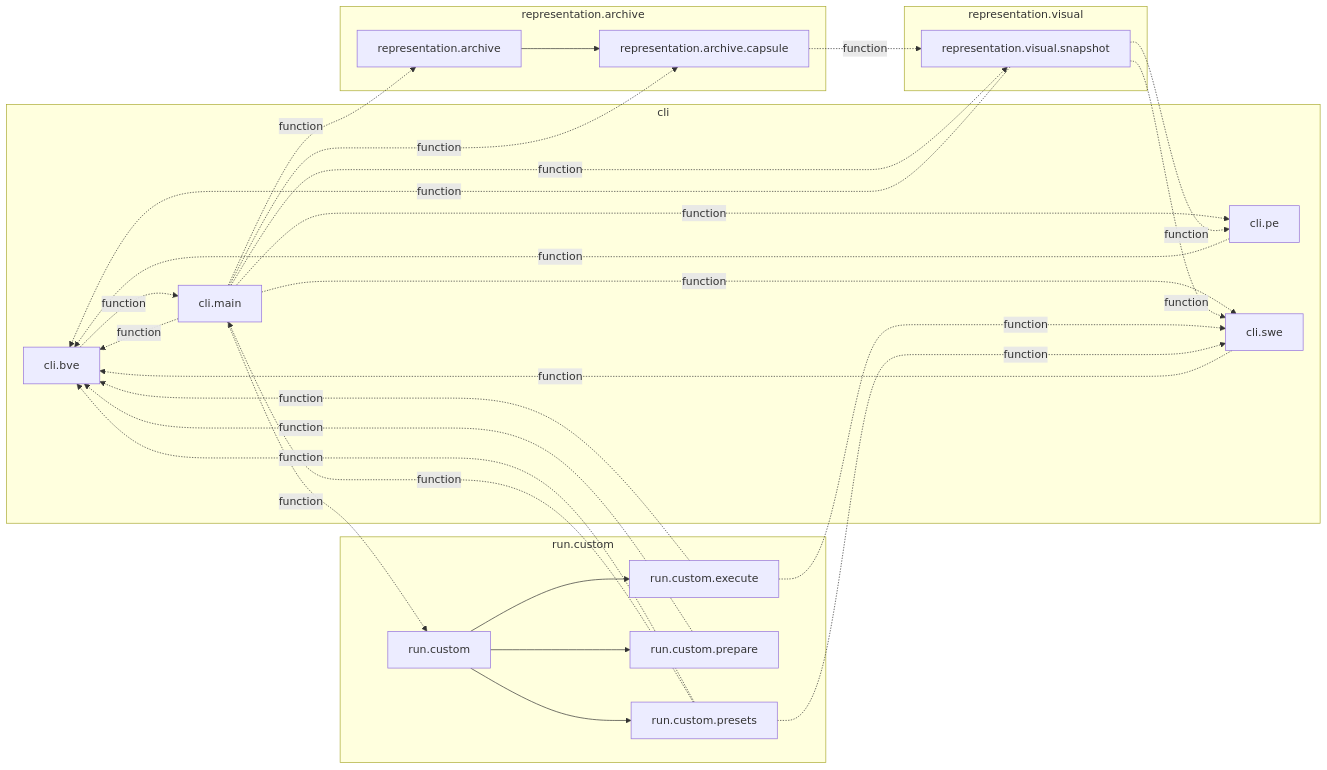
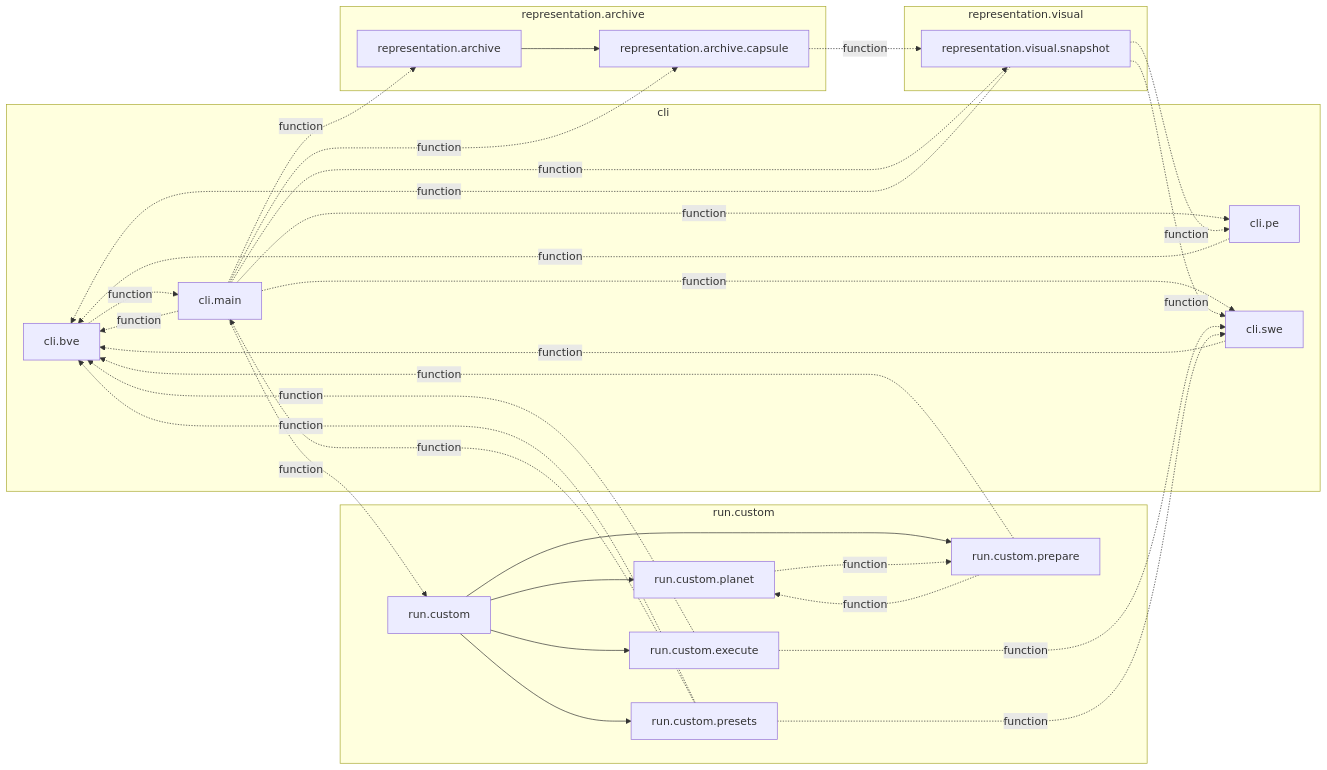
One commit to AlexandreEros/Palintropos changed the diagram in docs/architecture/current/modules-cycles.mmd. Above: the diagram before and after it, drawn with Mermaid. The commit also changed 36 other files, not shown here.

```diff
--- a/docs/architecture/current/modules-cycles.mmd
+++ b/docs/architecture/current/modules-cycles.mmd
@@ -1,46 +1,50 @@
 %% Generated by tools.architecture 1.0.0. Do not edit by hand.
 %% Modules in nontrivial strongly connected components (import cycles), grouped by package. Dashed: edge made only of function-scope or TYPE_CHECKING imports.
 flowchart LR
     subgraph g_tropoi_ocli["cli"]
         n_tropoi_ocli_obve["cli.bve"]
         n_tropoi_ocli_omain["cli.main"]
         n_tropoi_ocli_ope["cli.pe"]
         n_tropoi_ocli_oswe["cli.swe"]
     end
     subgraph g_tropoi_orepresentation_oarchive["representation.archive"]
         n_tropoi_orepresentation_oarchive["representation.archive"]
         n_tropoi_orepresentation_oarchive_ocapsule["representation.archive.capsule"]
     end
     subgraph g_tropoi_orepresentation_ovisual["representation.visual"]
         n_tropoi_orepresentation_ovisual_osnapshot["representation.visual.snapshot"]
     end
     subgraph g_tropoi_orun_ocustom["run.custom"]
         n_tropoi_orun_ocustom["run.custom"]
         n_tropoi_orun_ocustom_oexecute["run.custom.execute"]
+        n_tropoi_orun_ocustom_oplanet["run.custom.planet"]
         n_tropoi_orun_ocustom_oprepare["run.custom.prepare"]
         n_tropoi_orun_ocustom_opresets["run.custom.presets"]
     end
     n_tropoi_ocli_obve -.->|function| n_tropoi_ocli_omain
     n_tropoi_ocli_omain -.->|function| n_tropoi_ocli_obve
     n_tropoi_ocli_omain -.->|function| n_tropoi_ocli_ope
     n_tropoi_ocli_omain -.->|function| n_tropoi_ocli_oswe
     n_tropoi_ocli_omain -.->|function| n_tropoi_orepresentation_oarchive
     n_tropoi_ocli_omain -.->|function| n_tropoi_orepresentation_oarchive_ocapsule
     n_tropoi_ocli_omain -.->|function| n_tropoi_orepresentation_ovisual_osnapshot
     n_tropoi_ocli_omain -.->|function| n_tropoi_orun_ocustom
     n_tropoi_ocli_ope -.->|function| n_tropoi_ocli_obve
     n_tropoi_ocli_oswe -.->|function| n_tropoi_ocli_obve
     n_tropoi_orepresentation_oarchive --> n_tropoi_orepresentation_oarchive_ocapsule
     n_tropoi_orepresentation_oarchive_ocapsule -.->|function| n_tropoi_orepresentation_ovisual_osnapshot
     n_tropoi_orepresentation_ovisual_osnapshot -.->|function| n_tropoi_ocli_obve
     n_tropoi_orepresentation_ovisual_osnapshot -.->|function| n_tropoi_ocli_ope
     n_tropoi_orepresentation_ovisual_osnapshot -.->|function| n_tropoi_ocli_oswe
     n_tropoi_orun_ocustom --> n_tropoi_orun_ocustom_oexecute
+    n_tropoi_orun_ocustom --> n_tropoi_orun_ocustom_oplanet
     n_tropoi_orun_ocustom --> n_tropoi_orun_ocustom_oprepare
     n_tropoi_orun_ocustom --> n_tropoi_orun_ocustom_opresets
     n_tropoi_orun_ocustom_oexecute -.->|function| n_tropoi_ocli_obve
     n_tropoi_orun_ocustom_oexecute -.->|function| n_tropoi_ocli_oswe
+    n_tropoi_orun_ocustom_oplanet -.->|function| n_tropoi_orun_ocustom_oprepare
     n_tropoi_orun_ocustom_oprepare -.->|function| n_tropoi_ocli_obve
+    n_tropoi_orun_ocustom_oprepare -.->|function| n_tropoi_orun_ocustom_oplanet
     n_tropoi_orun_ocustom_opresets -.->|function| n_tropoi_ocli_obve
     n_tropoi_orun_ocustom_opresets -.->|function| n_tropoi_ocli_omain
     n_tropoi_orun_ocustom_opresets -.->|function| n_tropoi_ocli_oswe
```
